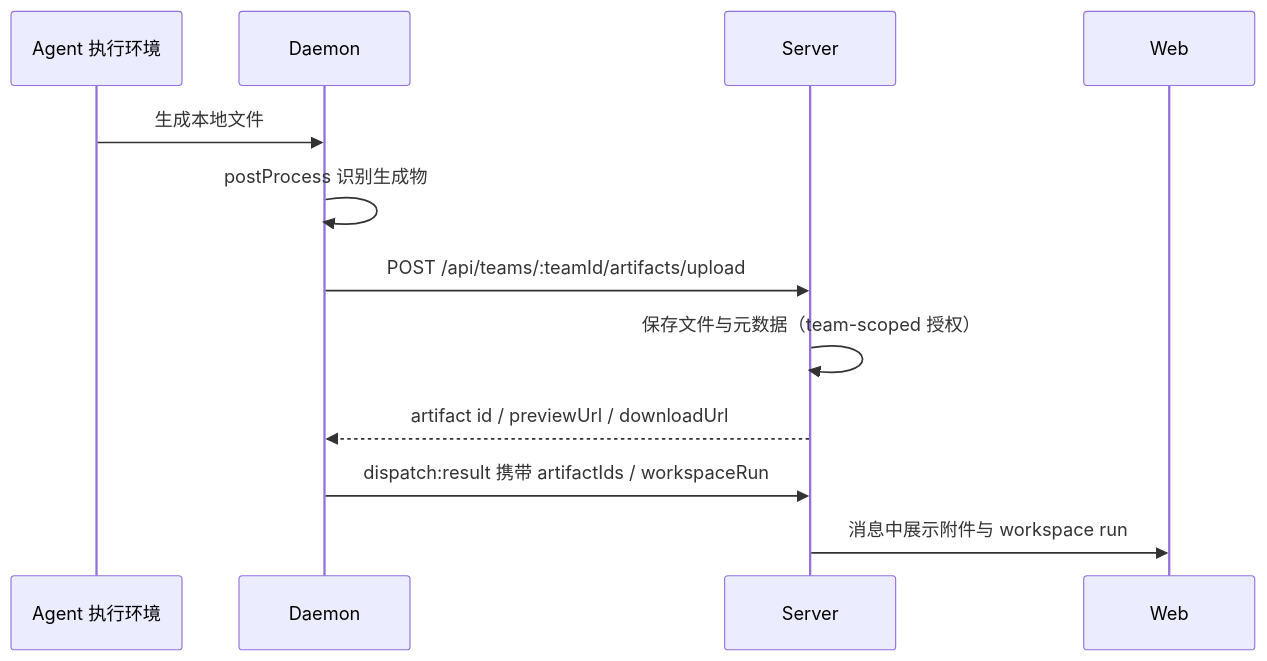
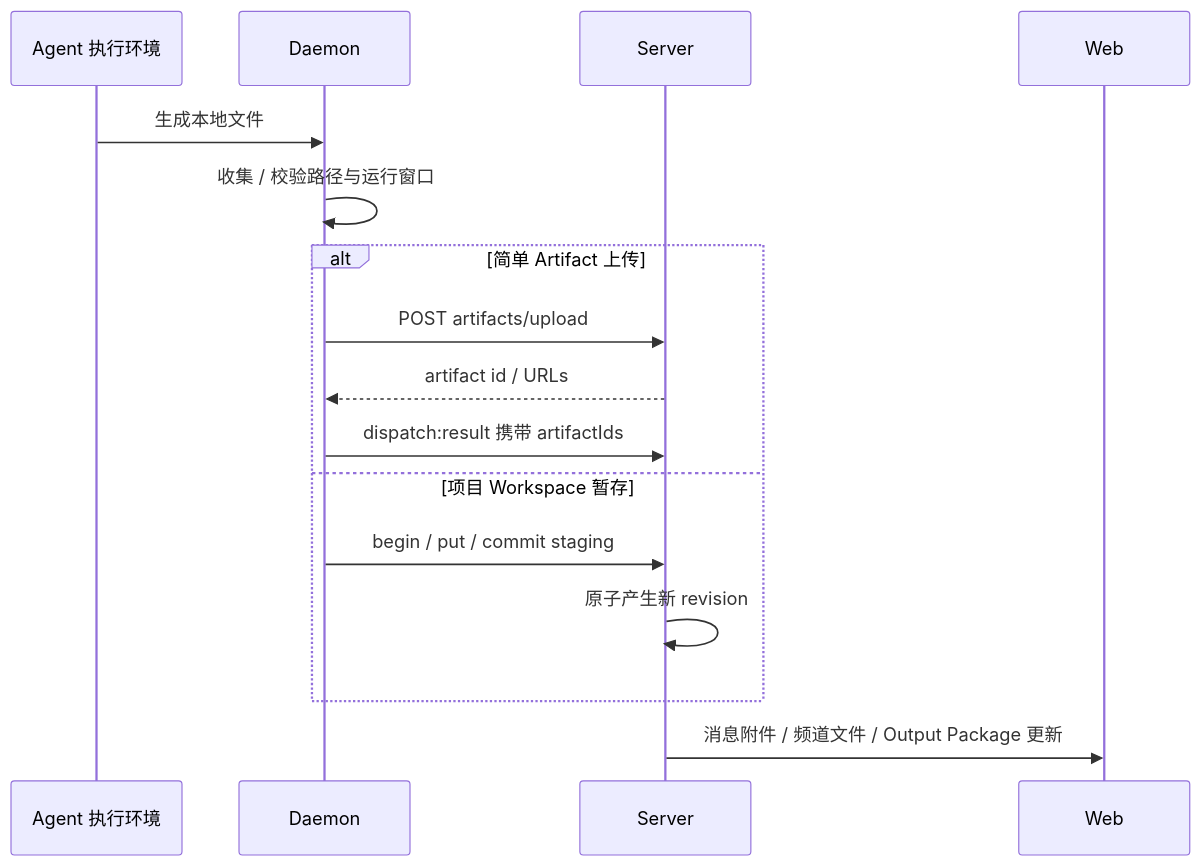
One commit to xiaojichao/agentbean changed the fifth of 5 diagrams in README.md. Above: the diagram before and after it, drawn with Mermaid. The commit also changed other lines of this file and 1 other file, not shown here.

````diff
--- a/README.md
+++ b/README.md
@@ -208,15 +260,19 @@
 ```mermaid
 sequenceDiagram
   participant A as Agent 执行环境
   participant D as Daemon
   participant S as Server
   participant W as Web
 
   A->>D: 生成本地文件
-  D->>D: postProcess 识别生成物
-  D->>S: POST /api/teams/:teamId/artifacts/upload
-  S->>S: 保存文件与元数据（team-scoped 授权）
-  S-->>D: artifact id / previewUrl / downloadUrl
-  D->>S: dispatch:result 携带 artifactIds / workspaceRun
-  S->>W: 消息中展示附件与 workspace run
+  D->>D: 收集 / 校验路径与运行窗口
+  alt 简单 Artifact 上传
+    D->>S: POST artifacts/upload
+    S-->>D: artifact id / URLs
+    D->>S: dispatch:result 携带 artifactIds
+  else 项目 Workspace 暂存
+    D->>S: begin / put / commit staging
+    S->>S: 原子产生新 revision
+  end
+  S->>W: 消息附件 / 频道文件 / Output Package 更新
 ```
````
